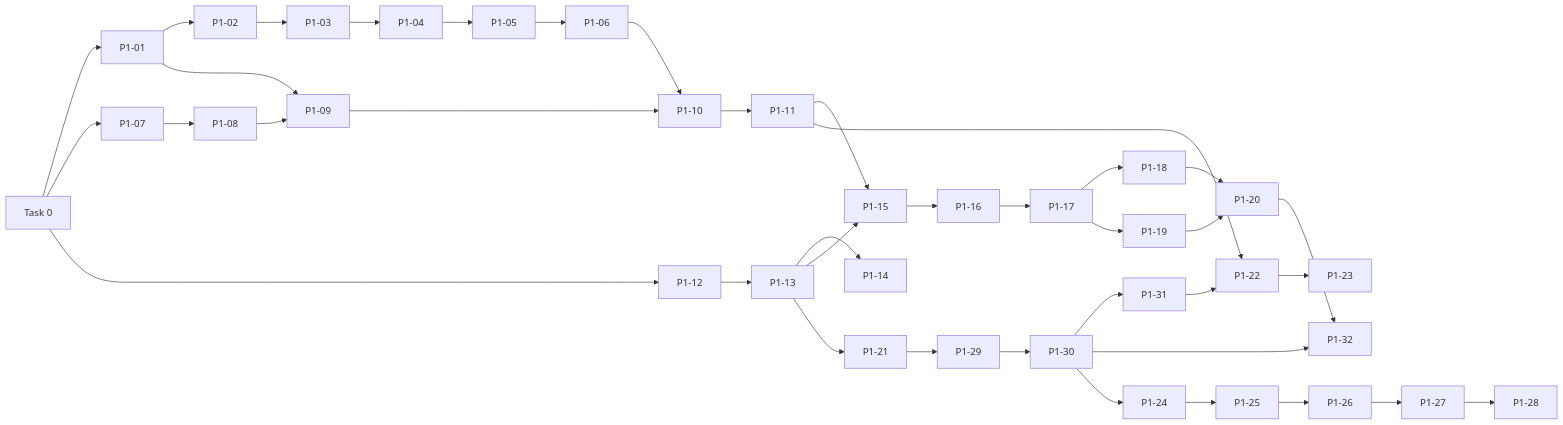
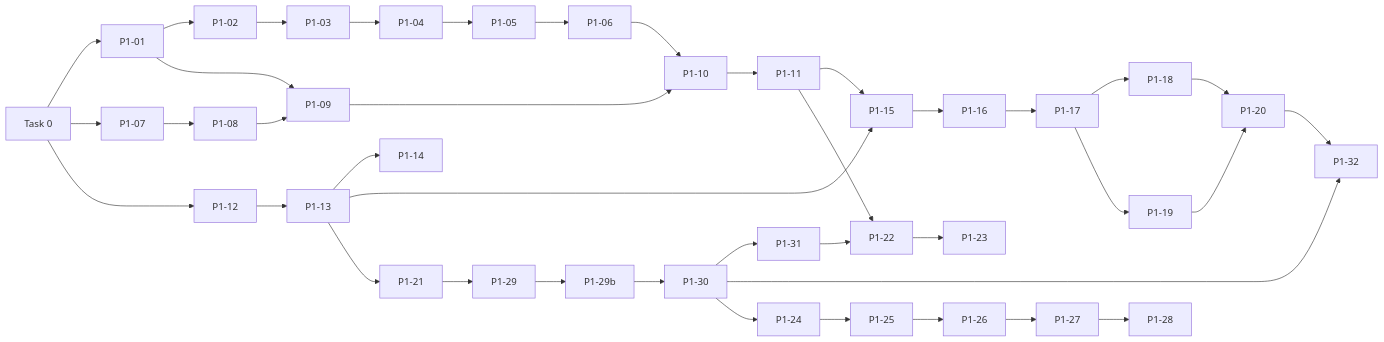
One commit to Sodabeh-Taherpanah/vorchain_project changed the diagram in docs/backlog.md. Above: the diagram before and after it, drawn with Mermaid. The commit also changed other lines of this file and 55 other files, not shown here.

````diff
--- a/docs/backlog.md
+++ b/docs/backlog.md
@@ -59,16 +60,16 @@
 ```mermaid
 flowchart LR
   T0[Task 0] --> E1[P1-01] --> E2[P1-02] --> E3[P1-03] --> E4[P1-04] --> E5[P1-05] --> E6[P1-06]
   T0 --> R7[P1-07] --> R8[P1-08] --> R9[P1-09] --> R10[P1-10] --> S11[P1-11]
   E1 --> R9
   E6 --> R10
   T0 --> W12[P1-12] --> W13[P1-13] --> D14[P1-14]
   S11 --> W15[P1-15]
   W13 --> W15 --> W16[P1-16] --> W17[P1-17] --> W18[P1-18] --> W20[P1-20]
   W17 --> W19[P1-19] --> W20
-  W13 --> L21[P1-21] --> G29[P1-29] --> G30[P1-30] --> G31[P1-31] --> L22[P1-22] --> SEO23[P1-23]
+  W13 --> L21[P1-21] --> G29[P1-29] --> G29b[P1-29b] --> G30[P1-30] --> G31[P1-31] --> L22[P1-22] --> SEO23[P1-23]
   S11 --> L22
   G30 --> G32[P1-32]
   W20 --> G32
   G30 --> LG24[P1-24] --> C25[P1-25] --> A26[P1-26] --> H27[P1-27] --> P28[P1-28]
 ```
````
